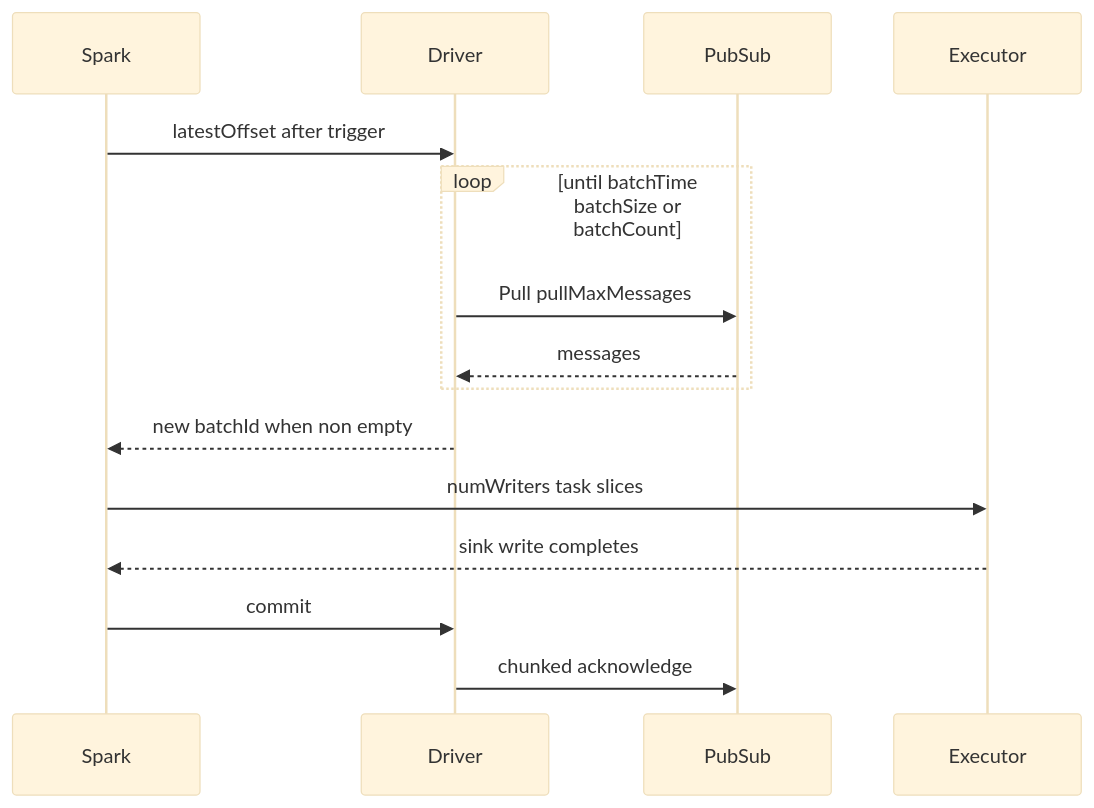
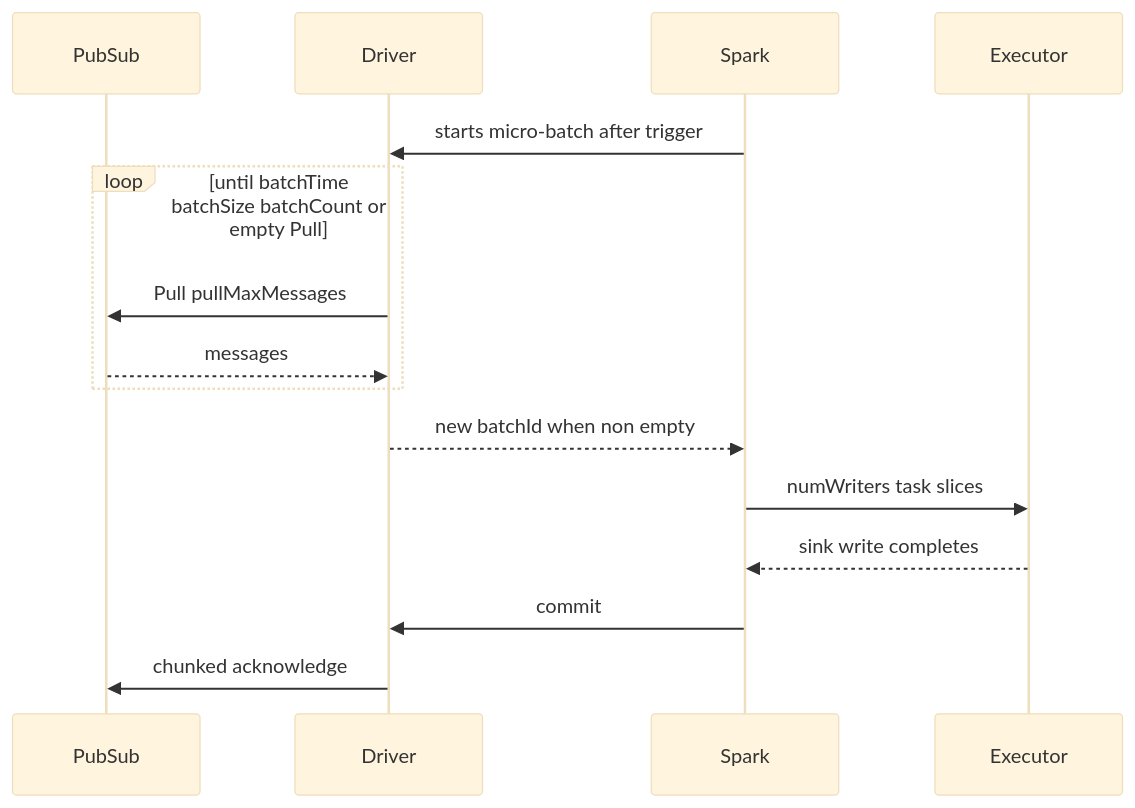
The diagram in README.md (juarezr/spark-streaming-google-pubsub), drawn with Mermaid (base theme) before and after one commit. The commit also changed other lines of this file, not shown here.

````diff
--- a/README.md
+++ b/README.md
@@ -96,17 +137,17 @@
 ```mermaid
 sequenceDiagram
+  participant PubSub
+  participant Driver
   participant Spark
-  participant Driver
-  participant PubSub
   participant Executor
-  Spark->>Driver: latestOffset after trigger
-  loop until batchTime batchSize or batchCount
+  Spark->>Driver: starts micro-batch after trigger
+  loop until batchTime batchSize batchCount or empty Pull
     Driver->>PubSub: Pull pullMaxMessages
     PubSub-->>Driver: messages
   end
   Driver-->>Spark: new batchId when non empty
   Spark->>Executor: numWriters task slices
   Executor-->>Spark: sink write completes
   Spark->>Driver: commit
   Driver->>PubSub: chunked acknowledge
 ```
````
